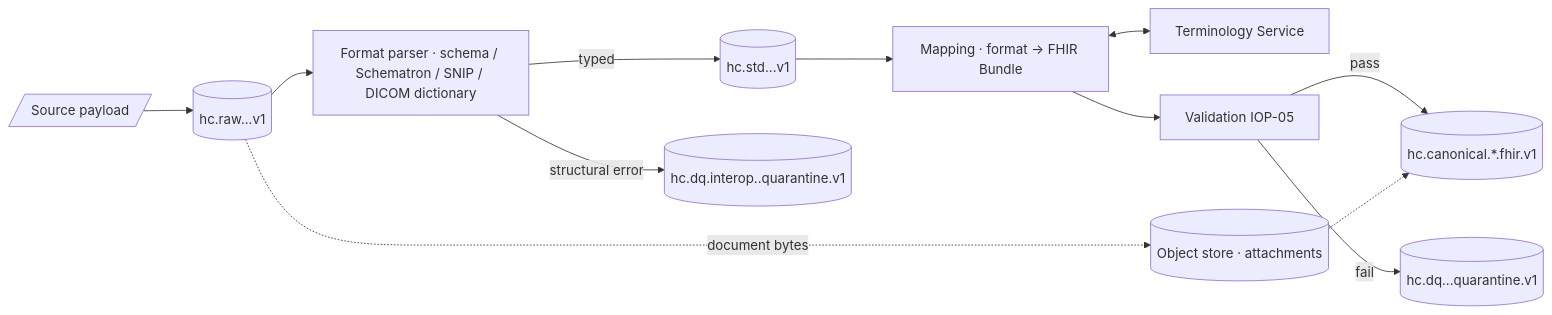
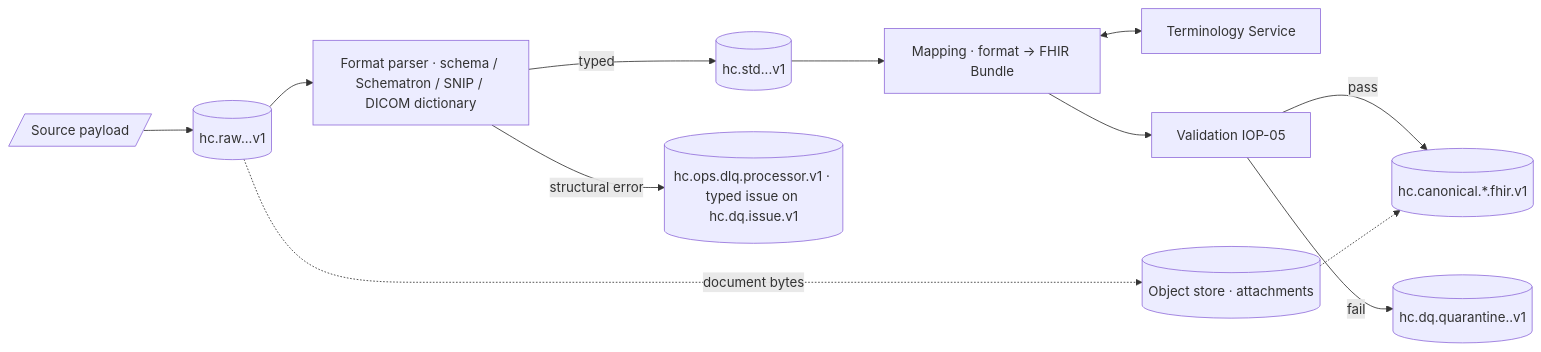
The diagram in PRD/06-interoperability/03-cda-x12-other.md (mujiq/pubmed-download), drawn with Mermaid before and after one commit. The commit also changed other lines of this file and 68 other files, not shown here.

````diff
--- a/PRD/06-interoperability/03-cda-x12-other.md
+++ b/PRD/06-interoperability/03-cda-x12-other.md
@@ -19,14 +19,14 @@
 ```mermaid
 flowchart LR
   SRC[/Source payload/] --> RAW[(hc.raw.<src>.<fmt>.v1)]
   RAW --> PARSE[Format parser · schema / Schematron / SNIP / DICOM dictionary]
   PARSE -->|typed| STD[(hc.std.<src>.<fmt>.v1)]
-  PARSE -->|structural error| Q1[(hc.dq.interop.<fmt>.quarantine.v1)]
+  PARSE -->|structural error| Q1[(hc.ops.dlq.processor.v1 · typed issue on hc.dq.issue.v1)]
   STD --> MAP[Mapping · format → FHIR Bundle]
   MAP <--> TS[Terminology Service]
   MAP --> VAL[Validation IOP-05]
   VAL -->|pass| CAN[(hc.canonical.*.fhir.v1)]
-  VAL -->|fail| Q2[(hc.dq.<domain>.<resource>.quarantine.v1)]
+  VAL -->|fail| Q2[(hc.dq.quarantine.<domain>.v1)]
   RAW -. document bytes .-> OBJ[(Object store · attachments)]
   OBJ -.-> CAN
 ```
````
